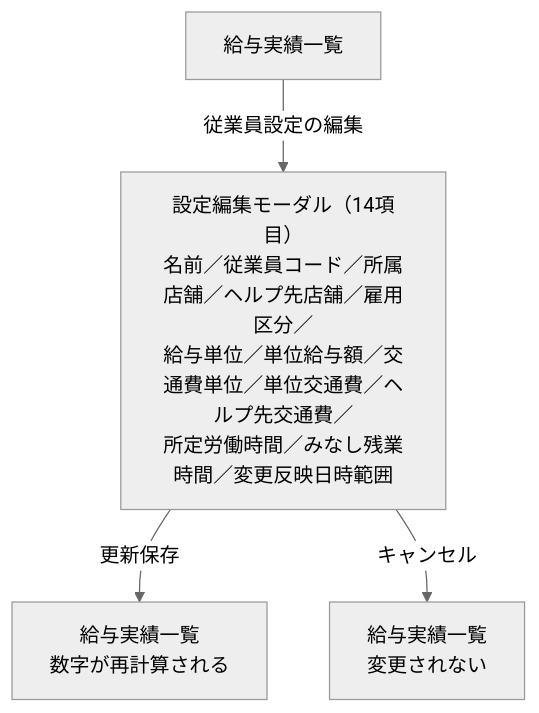
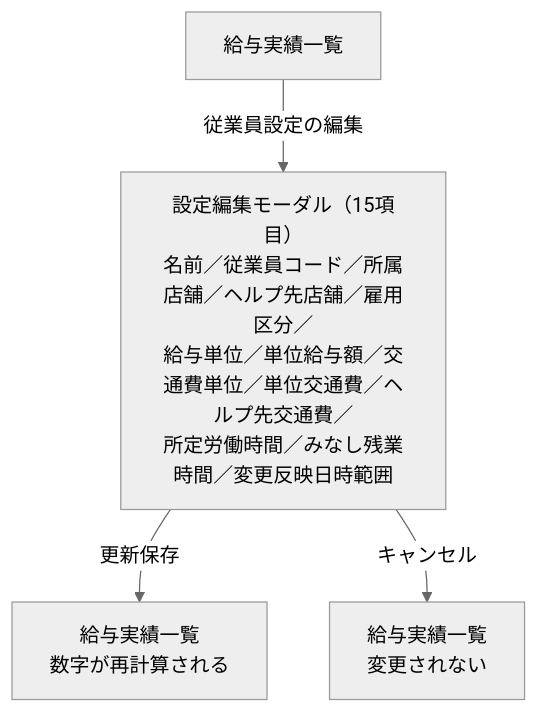
Before and after one commit to suguru789987/rakmy-employee-mgmt-spec: diagram 15 of 15 in 20260803_01_従業員管理_仕様書_PdM版.md, drawn with Mermaid (neutral theme). The commit also changed other lines of this file and 15 other files, not shown here.

````diff
--- a/20260803_01_従業員管理_仕様書_PdM版.md
+++ b/20260803_01_従業員管理_仕様書_PdM版.md
@@ -555,6 +585,6 @@
 ```mermaid
 flowchart TB
-  LC["給与実績一覧"] -->|"従業員設定の編集"| M["設定編集モーダル（14項目）<br/>名前／従業員コード／所属店舗／ヘルプ先店舗／雇用区分／<br/>給与単位／単位給与額／交通費単位／単位交通費／ヘルプ先交通費／<br/>所定労働時間／みなし残業時間／変更反映日時範囲"]
+  LC["給与実績一覧"] -->|"従業員設定の編集"| M["設定編集モーダル（15項目）<br/>名前／従業員コード／所属店舗／ヘルプ先店舗／雇用区分／<br/>給与単位／単位給与額／交通費単位／単位交通費／ヘルプ先交通費／<br/>所定労働時間／みなし残業時間／変更反映日時範囲"]
   M -->|"更新保存"| A["給与実績一覧<br/>数字が再計算される"]
   M -->|"キャンセル"| B["給与実績一覧<br/>変更されない"]
 ```
````
